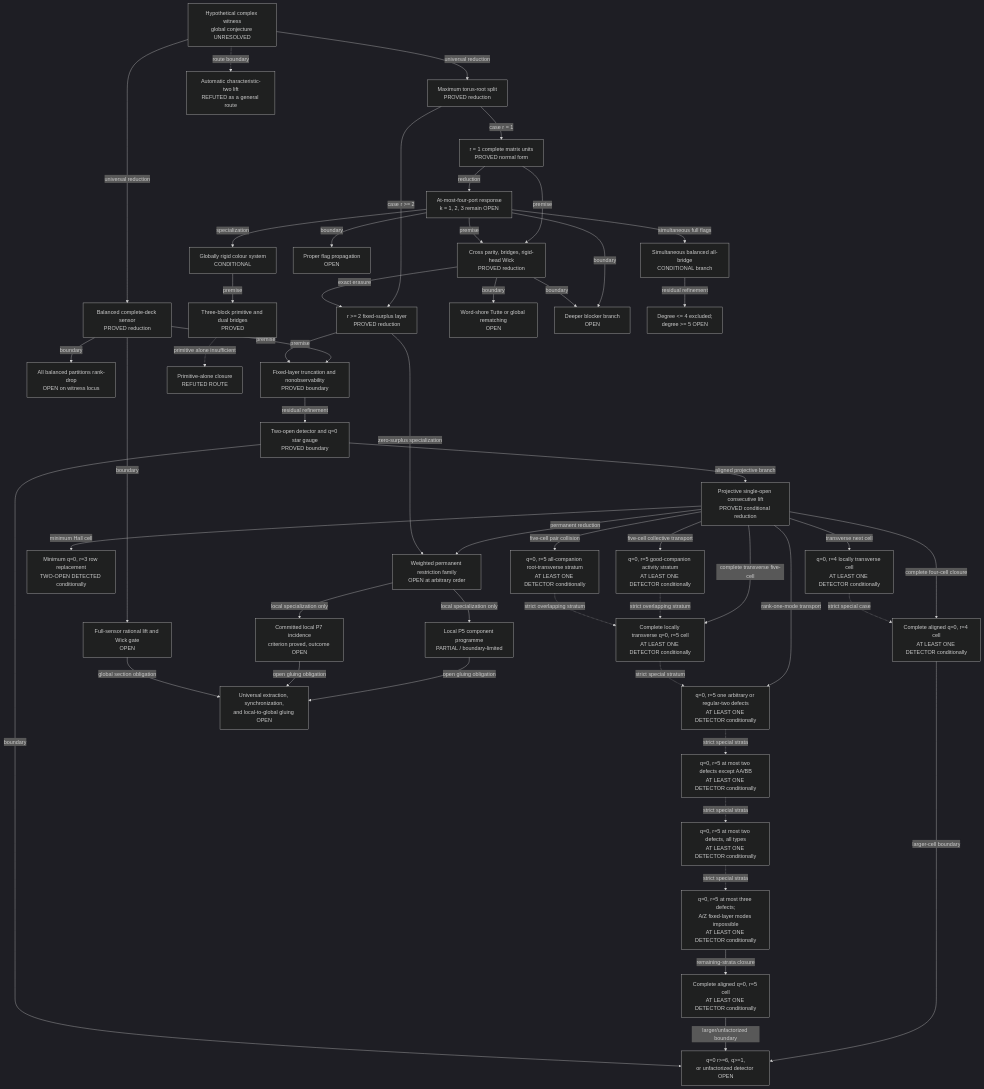
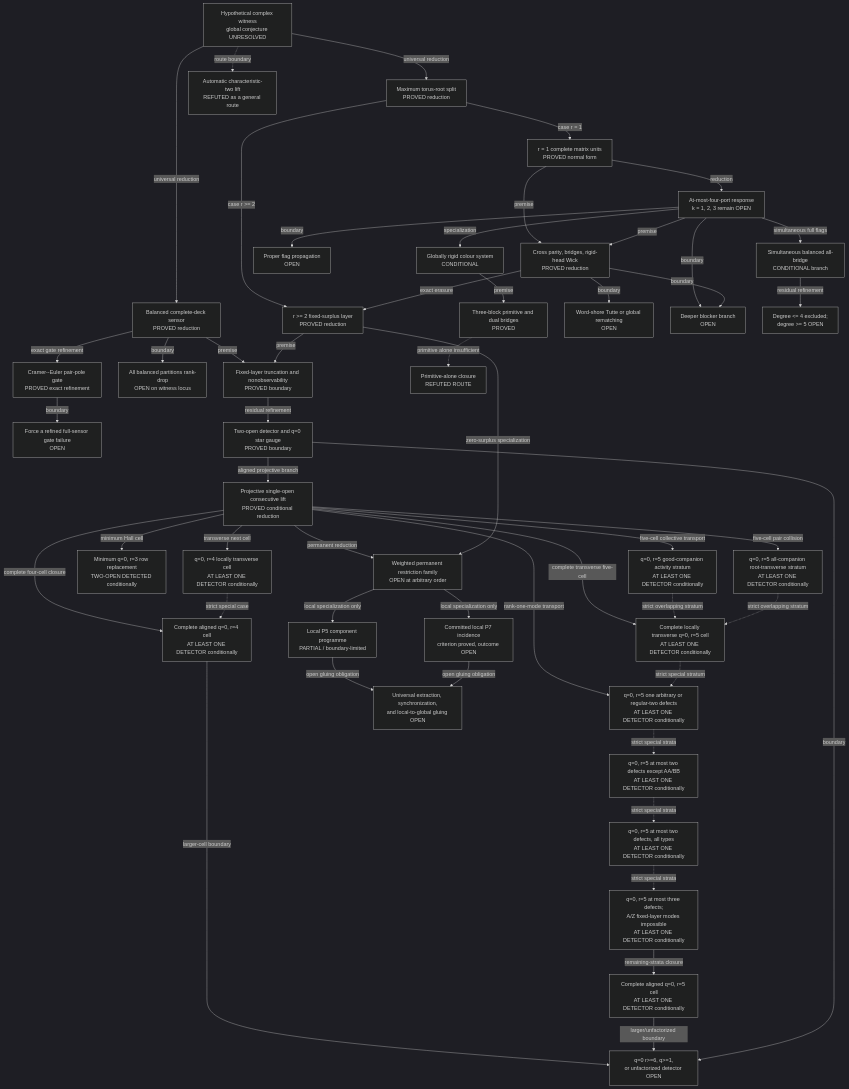
Before and after one commit to YesterdaysLemon/krenn-gu-research: the diagram in docs/current-frontier.md, drawn with Mermaid (dark theme). The commit also changed other lines of this file and 7 other files, not shown here.

Commit message:
Refine balanced full-sensor Wick gate (#96)

````diff
--- a/docs/current-frontier.md
+++ b/docs/current-frontier.md
@@ -45,7 +45,8 @@
   G0["Hypothetical complex witness<br/>global conjecture UNRESOLVED"]
 
   S1["Balanced complete-deck sensor<br/>PROVED reduction"]
-  S2["Full-sensor rational lift and Wick gate<br/>OPEN"]
+  S2E["Cramer--Euler pair-pole gate<br/>PROVED exact refinement"]
+  S2["Force a refined full-sensor gate failure<br/>OPEN"]
   S3["All balanced partitions rank-drop<br/>OPEN on witness locus"]
 
   M1["Maximum torus-root split<br/>PROVED reduction"]
@@ -86,7 +87,8 @@
   C2["Automatic characteristic-two lift<br/>REFUTED as a general route"]
 
   G0 -->|universal reduction| S1
-  S1 -->|boundary| S2
+  S1 -->|exact gate refinement| S2E
+  S2E -->|boundary| S2
   S1 -->|boundary| S3
 
   G0 -->|universal reduction| M1
@@ -135,6 +137,5 @@
   PR -->|local specialization only| P7
   P5 -->|open gluing obligation| GL
   P7 -->|open gluing obligation| GL
-  S2 -->|global section obligation| GL
   G0 -. route boundary .-> C2
 ```
````
